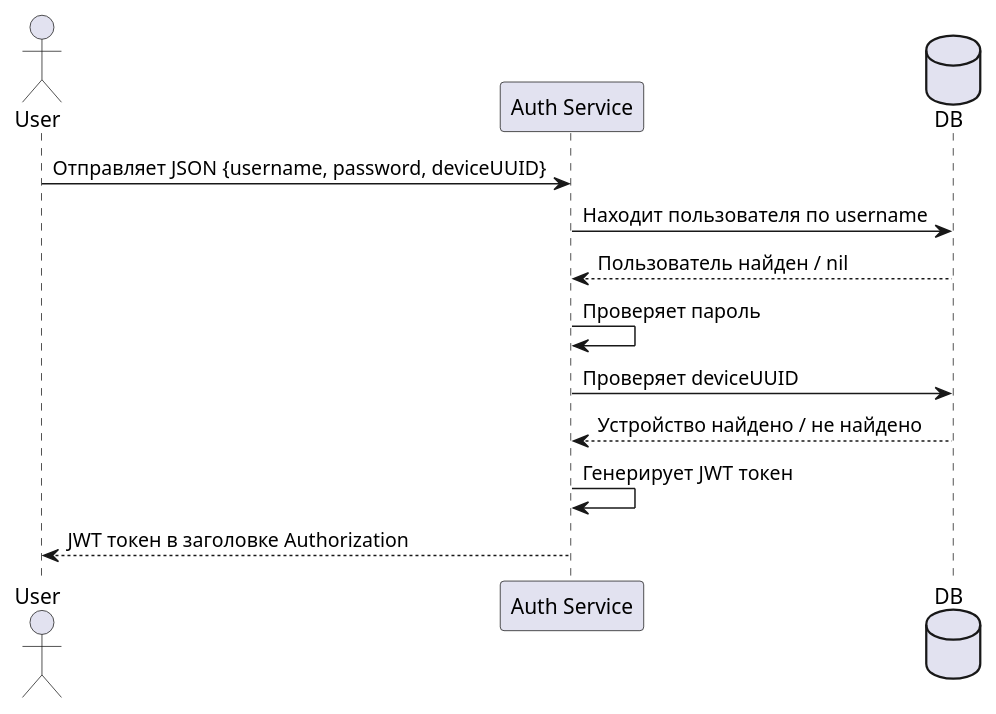
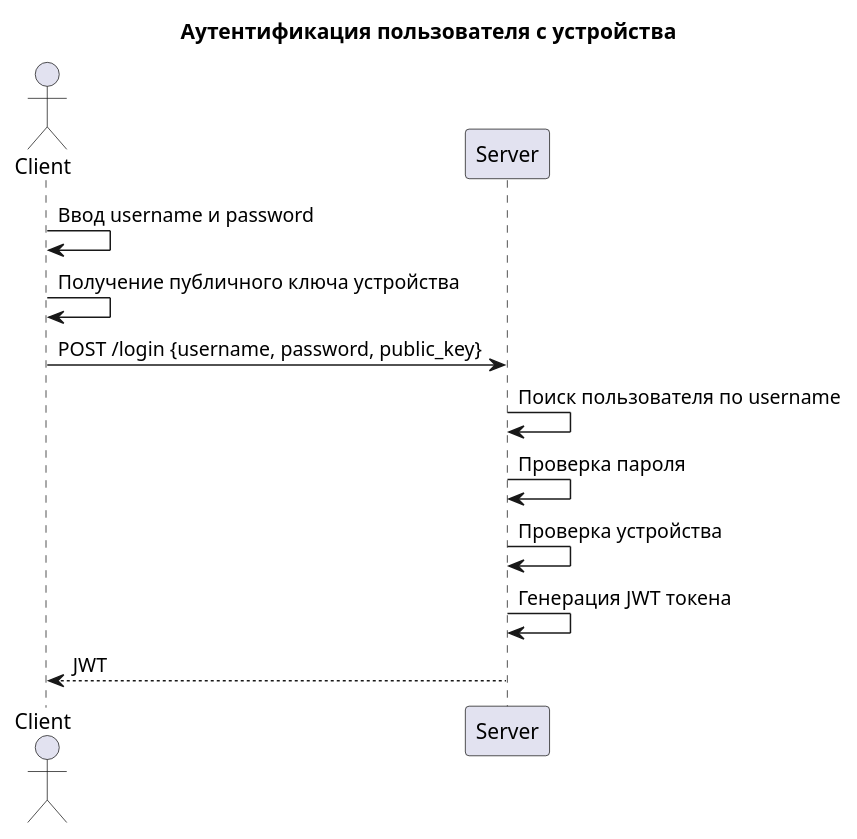
The diagram in docs/login.puml (sbilibin2017/bil-message), drawn with PlantUML before and after one commit. The commit also changed 77 other files, not shown here.

Commit message:
Added diagrams for usecases

```diff
--- a/docs/login.puml
+++ b/docs/login.puml
@@ -1,16 +1,19 @@
 @startuml
-actor User
-participant "Auth Service" as Auth
-database "DB" as DB
+title Аутентификация пользователя с устройства
 
-User -> Auth : Отправляет JSON {username, password, deviceUUID}
-Auth -> DB : Находит пользователя по username
-DB --> Auth : Пользователь найден / nil
+actor Client
+participant Server
 
-Auth -> Auth : Проверяет пароль
-Auth -> DB : Проверяет deviceUUID
-DB --> Auth : Устройство найдено / не найдено
+Client -> Client: Ввод username и password
+Client -> Client: Получение публичного ключа устройства
 
-Auth -> Auth : Генерирует JWT токен
-Auth --> User : JWT токен в заголовке Authorization
+Client -> Server: POST /login {username, password, public_key}
+
+Server -> Server: Поиск пользователя по username
+Server -> Server: Проверка пароля
+Server -> Server: Проверка устройства
+Server -> Server: Генерация JWT токена
+
+Server --> Client: JWT
+
 @enduml
```
